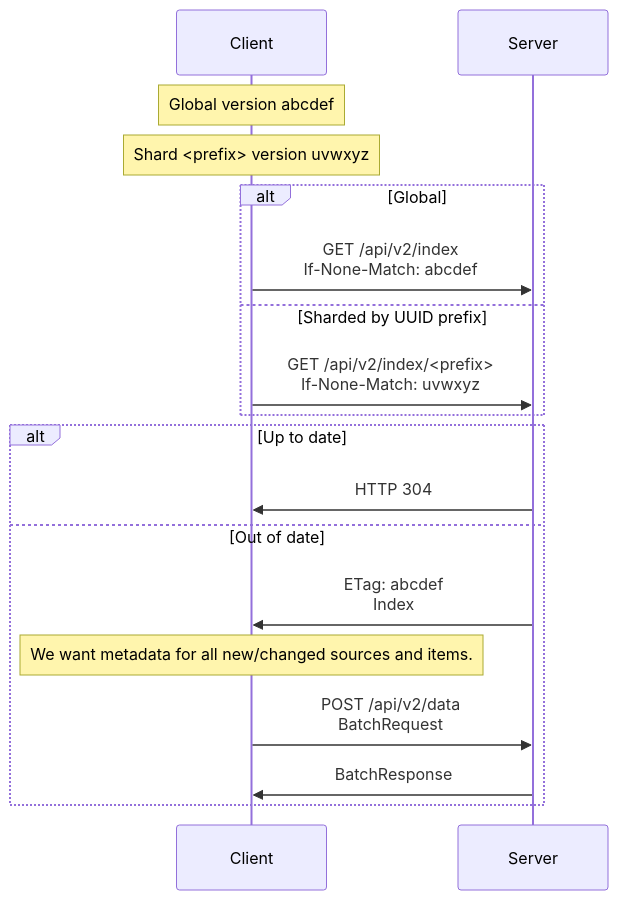
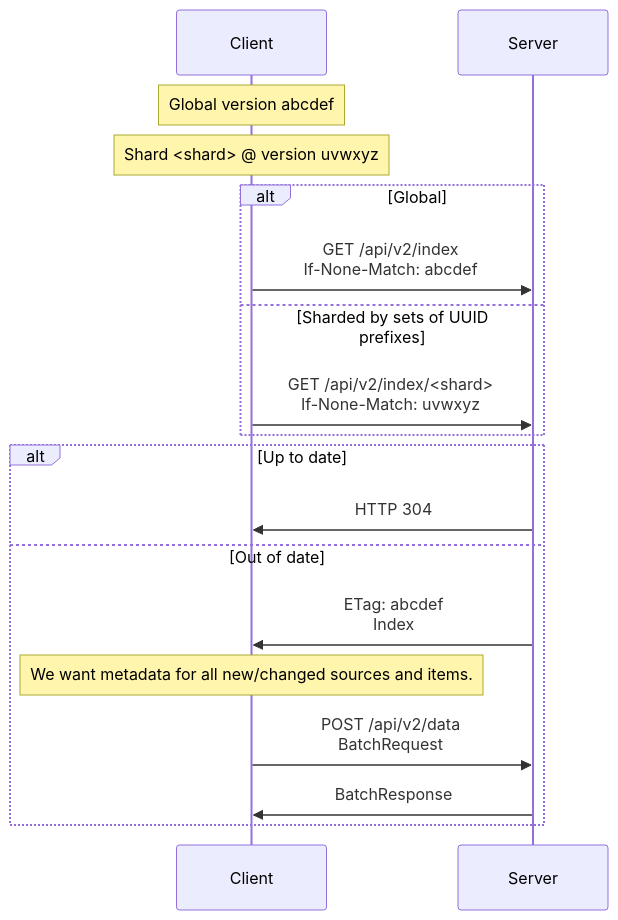
One commit to ppker/securedrop changed the second of 4 diagrams in API2.md. Above: the diagram before and after it, drawn with Mermaid. The commit also changed other lines of this file, not shown here.

````diff
--- a/API2.md
+++ b/API2.md
@@ -93,23 +150,23 @@
 ```mermaid
 sequenceDiagram
 participant Client
 participant Server
 
 Note over Client: Global version abcdef
-Note over Client: Shard <prefix> version uvwxyz
+Note over Client: Shard <shard> @ version uvwxyz
 
 alt Global
     Client ->> Server: GET /api/v2/index<br>If-None-Match: abcdef
-else Sharded by UUID prefix
-    Client ->> Server: GET /api/v2/index/<prefix><br>If-None-Match: uvwxyz
+else Sharded by sets of UUID prefixes
+    Client ->> Server: GET /api/v2/index/<shard><br>If-None-Match: uvwxyz
 end
 
 alt Up to date
     Server ->> Client: HTTP 304
 else Out of date
     Server ->> Client: ETag: abcdef<br>Index
     Note over Client: We want metadata for all new/changed sources and items.
     Client ->> Server: POST /api/v2/data<br>BatchRequest
     Server ->> Client: BatchResponse
 end
 ```
````
